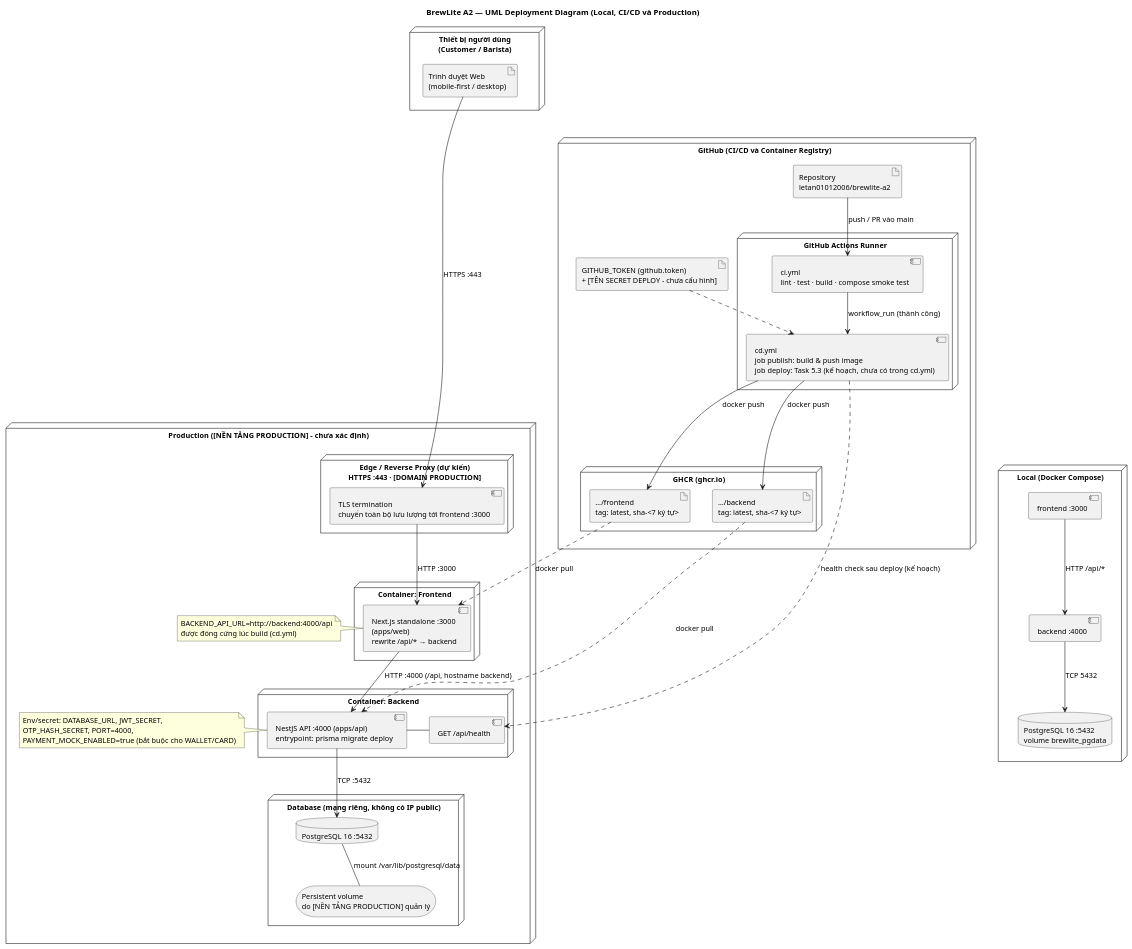
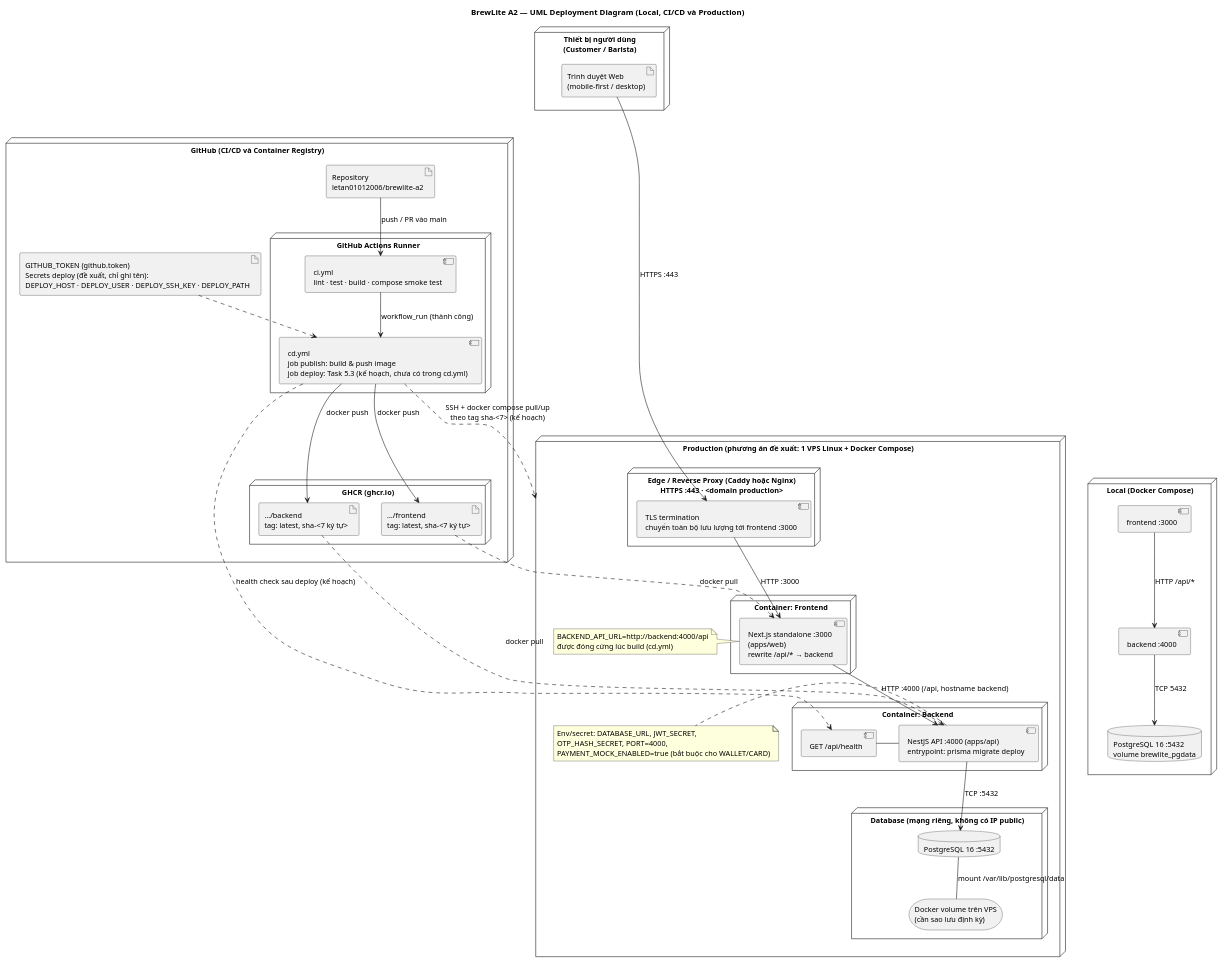
The diagram in docs/diagrams/deployment-production.puml (letan01012006/brewlite-a2), drawn with PlantUML before and after one commit. The commit also changed 2 other files, not shown here.

Commit message:
docs(deployment): define proposed production platform, secrets management, finalize diagram

```diff
--- a/docs/diagrams/deployment-production.puml
+++ b/docs/diagrams/deployment-production.puml
@@ -1,83 +1,84 @@
 @startuml BrewLite_A2_Deployment_Production
 skinparam backgroundColor white
 skinparam shadowing false
 skinparam defaultFontName "Arial"
 skinparam defaultFontSize 13
 skinparam nodesep 40
 skinparam ranksep 55
 top to bottom direction
 
 title BrewLite A2 — UML Deployment Diagram (Local, CI/CD và Production)
 
 node "Thiết bị người dùng\n(Customer / Barista)" as Client {
   artifact "Trình duyệt Web\n(mobile-first / desktop)" as Browser
 }
 
 node "GitHub (CI/CD và Container Registry)" as GH {
   artifact "Repository\nletan01012006/brewlite-a2" as Repo
   node "GitHub Actions Runner" as GHA {
     component "ci.yml\nlint · test · build · compose smoke test" as CI
     component "cd.yml\njob publish: build & push image\njob deploy: Task 5.3 (kế hoạch, chưa có trong cd.yml)" as CD
   }
   node "GHCR (ghcr.io)" as GHCR {
     artifact "…/backend\ntag: latest, sha-<7 ký tự>" as ImgApi
     artifact "…/frontend\ntag: latest, sha-<7 ký tự>" as ImgWeb
   }
-  artifact "GITHUB_TOKEN (github.token)\n+ [TÊN SECRET DEPLOY – chưa cấu hình]" as Tok
+  artifact "GITHUB_TOKEN (github.token)\nSecrets deploy (đề xuất, chỉ ghi tên):\nDEPLOY_HOST · DEPLOY_USER · DEPLOY_SSH_KEY · DEPLOY_PATH" as Tok
 }
 
-node "Production  ([NỀN TẢNG PRODUCTION] – chưa xác định)" as Prod {
-  node "Edge / Reverse Proxy (dự kiến)\nHTTPS :443 · [DOMAIN PRODUCTION]" as Edge {
+node "Production (phương án đề xuất: 1 VPS Linux + Docker Compose)" as Prod {
+  node "Edge / Reverse Proxy (Caddy hoặc Nginx)\nHTTPS :443 · <domain production>" as Edge {
     component "TLS termination\nchuyển toàn bộ lưu lượng tới frontend :3000" as Router
   }
   node "Container: Frontend" as FE {
     component "Next.js standalone :3000\n(apps/web)\nrewrite /api/* → backend" as Web
   }
   node "Container: Backend" as BE {
     component "NestJS API :4000 (apps/api)\nentrypoint: prisma migrate deploy" as Api
     component "GET /api/health" as Health
   }
   node "Database (mạng riêng, không có IP public)" as DBN {
     database "PostgreSQL 16 :5432" as Db
-    storage "Persistent volume\ndo [NỀN TẢNG PRODUCTION] quản lý" as Vol
+    storage "Docker volume trên VPS\n(cần sao lưu định kỳ)" as Vol
   }
   note right of Web
     BACKEND_API_URL=http://backend:4000/api
     được đóng cứng lúc build (cd.yml)
   end note
   note right of Api
     Env/secret: DATABASE_URL, JWT_SECRET,
     OTP_HASH_SECRET, PORT=4000,
     PAYMENT_MOCK_ENABLED=true (bắt buộc cho WALLET/CARD)
   end note
 }
 
 node "Local (Docker Compose)" as Local {
   component "frontend :3000" as LWeb
   component "backend :4000" as LApi
   database "PostgreSQL 16 :5432\nvolume brewlite_pgdata" as LDb
 }
 
 Browser --> Router : HTTPS :443
 Router --> Web : HTTP :3000
 Web --> Api : HTTP :4000 (/api, hostname backend)
 Api --> Db : TCP :5432
 Db -- Vol : mount /var/lib/postgresql/data
 Api -right- Health
 
 Repo --> CI : push / PR vào main
 CI --> CD : workflow_run (thành công)
 CD --> ImgApi : docker push
 CD --> ImgWeb : docker push
 Tok ..> CD
 ImgWeb ..> Web : docker pull
 ImgApi ..> Api : docker pull
+CD ..> Prod : SSH + docker compose pull/up\ntheo tag sha-<7> (kế hoạch)
 CD ..> Health : health check sau deploy (kế hoạch)
 
 LWeb --> LApi : HTTP /api/*
 LApi --> LDb : TCP 5432
 
 Client -[hidden]down-> GH
 GH -[hidden]down-> Prod
 Prod -[hidden]right-> Local
 @enduml
```
